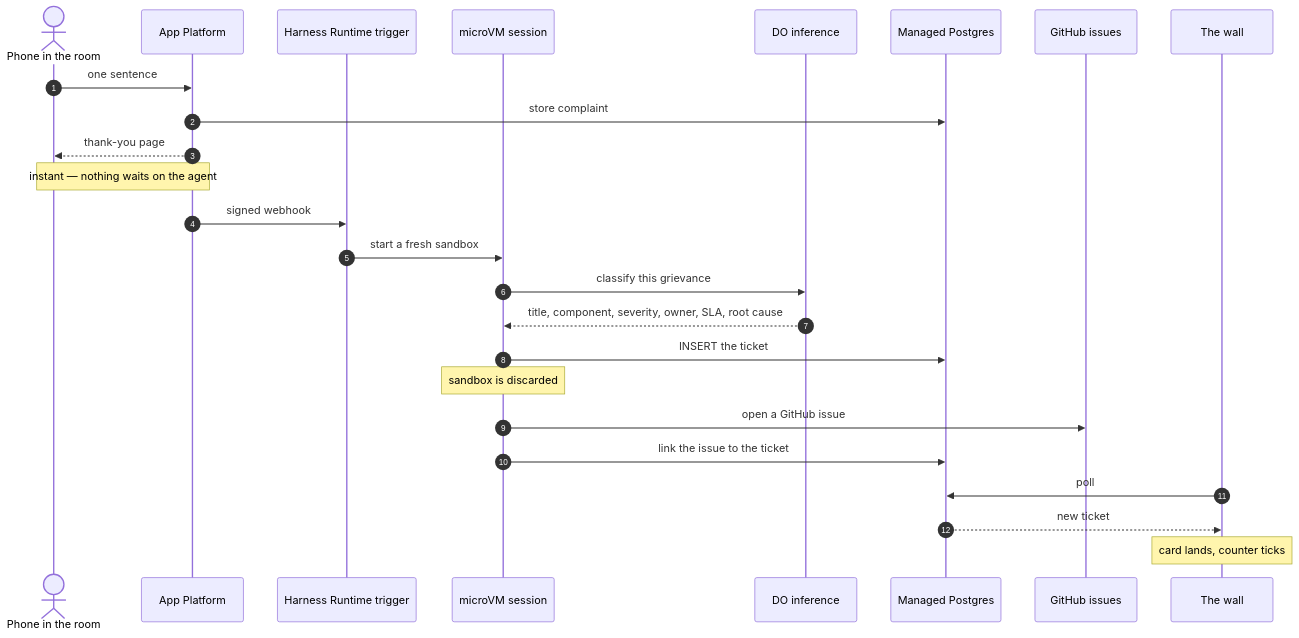
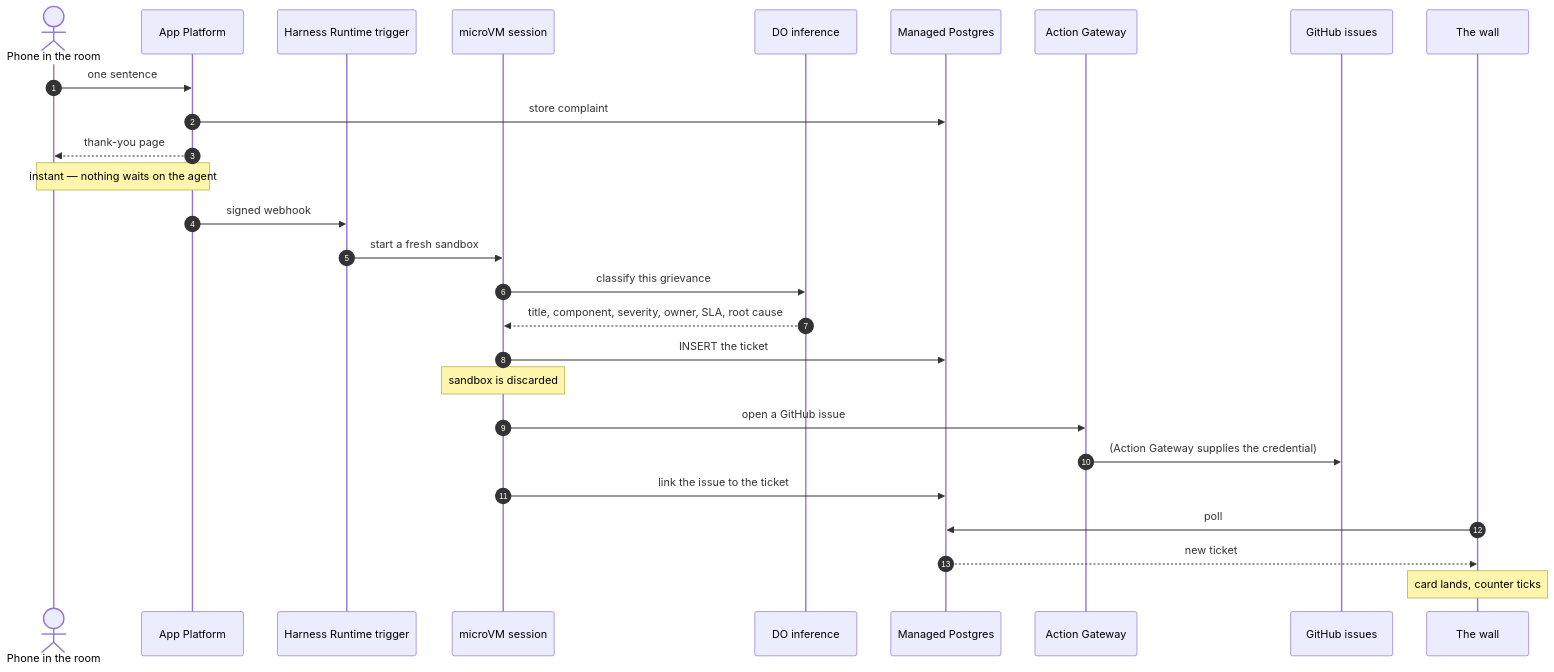
Before and after one commit to hgonzalez-do/facility_issue_demo: the first of 3 diagrams in README.md, drawn with Mermaid. The commit also changed other lines of this file and 5 other files, not shown here.

````diff
--- a/README.md
+++ b/README.md
@@ -22,31 +22,33 @@
 ```mermaid
 sequenceDiagram
     autonumber
     actor Guest as Phone in the room
     participant App as App Platform
     participant Trig as Harness Runtime trigger
     participant VM as microVM session
     participant Inf as DO inference
     participant PG as Managed Postgres
+    participant AG as Action Gateway
     participant GH as GitHub issues
     participant Wall as The wall
 
     Guest->>App: one sentence
     App->>PG: store complaint
     App-->>Guest: thank-you page
     Note over App,Guest: instant — nothing waits on the agent
 
     App->>Trig: signed webhook
     Trig->>VM: start a fresh sandbox
     VM->>Inf: classify this grievance
     Inf-->>VM: title, component, severity, owner, SLA, root cause
     VM->>PG: INSERT the ticket
     Note over VM: sandbox is discarded
 
-    VM->>GH: open a GitHub issue
+    VM->>AG: open a GitHub issue
+    AG->>GH: (Action Gateway supplies the credential)
     VM->>PG: link the issue to the ticket
 
     Wall->>PG: poll
     PG-->>Wall: new ticket
     Note over Wall: card lands, counter ticks
 ```
````
